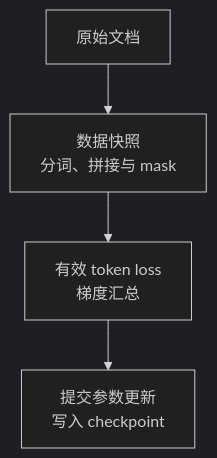
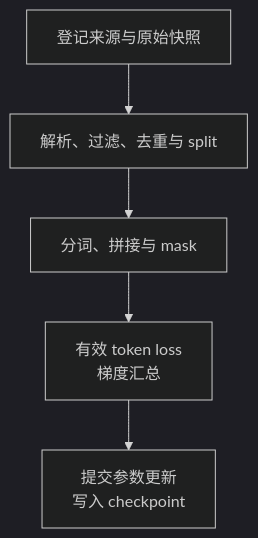
The diagram in docs/training/pretraining.md (NightLemon/about-llm), drawn with Mermaid (dark theme) before and after one commit. The commit also changed other lines of this file and 167 other files, not shown here.

````diff
--- a/docs/training/pretraining.md
+++ b/docs/training/pretraining.md
@@ -24,6 +24,7 @@
 ```mermaid
 flowchart TD
-    A["原始文档"] --> B["数据快照<br/>分词、拼接与 mask"]
-    B --> C["有效 token loss<br/>梯度汇总"]
-    C --> D["提交参数更新<br/>写入 checkpoint"]
+    A["登记来源与原始快照"] --> B["解析、过滤、去重与 split"]
+    B --> C["分词、拼接与 mask"]
+    C --> D["有效 token loss<br/>梯度汇总"]
+    D --> E["提交参数更新<br/>写入 checkpoint"]
 ```
````
